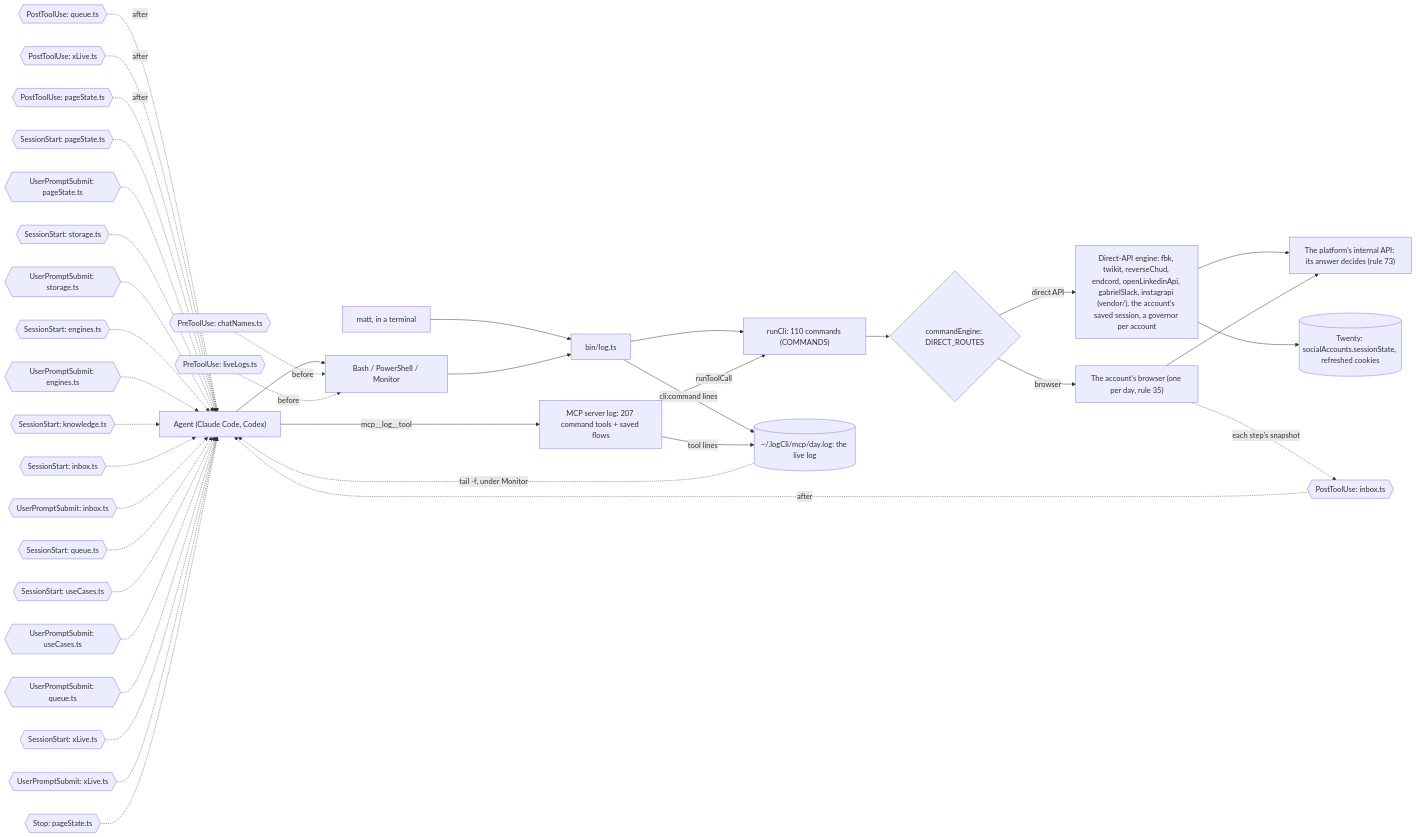
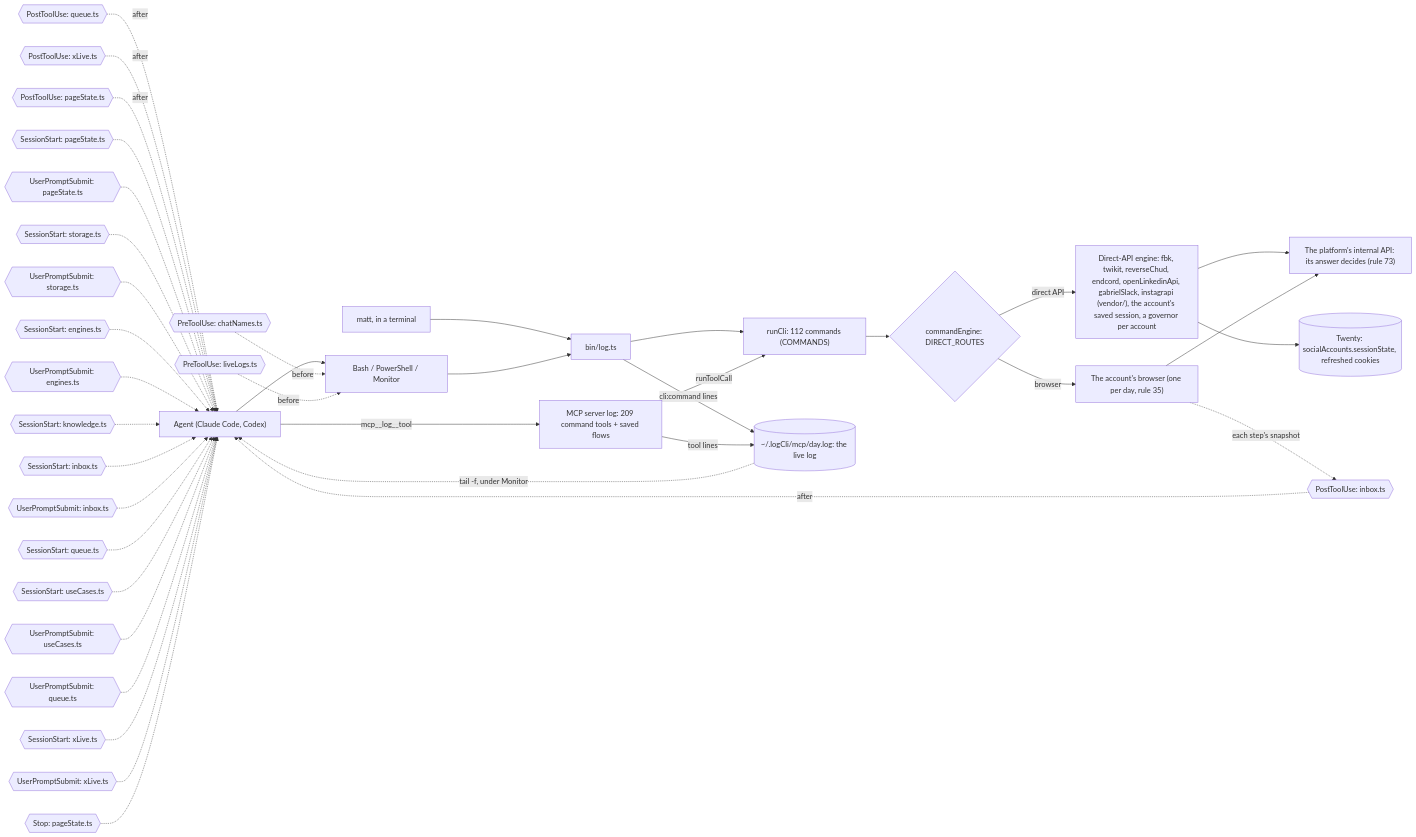
Before and after one commit to matthewdonsemail-lab/log: the third of 6 diagrams in docs/reference.md, drawn with Mermaid. The commit also changed other lines of this file and 45 other files, not shown here.

````diff
--- a/docs/reference.md
+++ b/docs/reference.md
@@ -195,53 +195,53 @@
 ```mermaid
 flowchart LR
   agent["Agent (Claude Code, Codex)"]
   matt["matt, in a terminal"]
   shell["Bash / PowerShell / Monitor"]
-  mcp["MCP server log: 207 command tools + saved flows"]
+  mcp["MCP server log: 209 command tools + saved flows"]
   bin["bin/log.ts"]
-  runCli["runCli: 110 commands (COMMANDS)"]
+  runCli["runCli: 112 commands (COMMANDS)"]
   live[("~/.logCli/mcp/day.log: the live log")]
   engine{"commandEngine: DIRECT_ROUTES"}
   direct["Direct-API engine: fbk, twikit, reverseChud, endcord, openLinkedinApi, gabrielSlack, instagrapi (vendor/), the account's saved session, a governor per account"]
   browser["The account's browser (one per day, rule 35)"]
   api["The platform's internal API: its answer decides (rule 73)"]
   twenty[("Twenty: socialAccounts.sessionState, refreshed cookies")]
   agent --> shell
   matt --> bin
   shell --> bin
   agent -->|mcp__log__tool| mcp
   bin --> runCli
   mcp -->|runToolCall| runCli
   runCli --> engine
   engine -->|direct API| direct
   engine -->|browser| browser
   direct --> api
   browser --> api
   direct --> twenty
   bin -->|cli:command lines| live
   mcp -->|tool lines| live
   live -.->|tail -f, under Monitor| agent
   pre0{{"PreToolUse: chatNames.ts"}} -.->|before| shell
   pre1{{"PreToolUse: liveLogs.ts"}} -.->|before| shell
   post0{{"PostToolUse: inbox.ts"}} -.->|after| agent
   post1{{"PostToolUse: queue.ts"}} -.->|after| agent
   post2{{"PostToolUse: xLive.ts"}} -.->|after| agent
   post3{{"PostToolUse: pageState.ts"}} -.->|after| agent
   turn0{{"SessionStart: pageState.ts"}} -.-> agent
   turn1{{"UserPromptSubmit: pageState.ts"}} -.-> agent
   turn2{{"SessionStart: storage.ts"}} -.-> agent
   turn3{{"UserPromptSubmit: storage.ts"}} -.-> agent
   turn4{{"SessionStart: engines.ts"}} -.-> agent
   turn5{{"UserPromptSubmit: engines.ts"}} -.-> agent
   turn6{{"SessionStart: knowledge.ts"}} -.-> agent
   turn7{{"SessionStart: inbox.ts"}} -.-> agent
   turn8{{"UserPromptSubmit: inbox.ts"}} -.-> agent
   turn9{{"SessionStart: queue.ts"}} -.-> agent
   turn10{{"SessionStart: useCases.ts"}} -.-> agent
   turn11{{"UserPromptSubmit: useCases.ts"}} -.-> agent
   turn12{{"UserPromptSubmit: queue.ts"}} -.-> agent
   turn13{{"SessionStart: xLive.ts"}} -.-> agent
   turn14{{"UserPromptSubmit: xLive.ts"}} -.-> agent
   turn15{{"Stop: pageState.ts"}} -.-> agent
   browser -.->|each step's snapshot| post0
 ```
````
